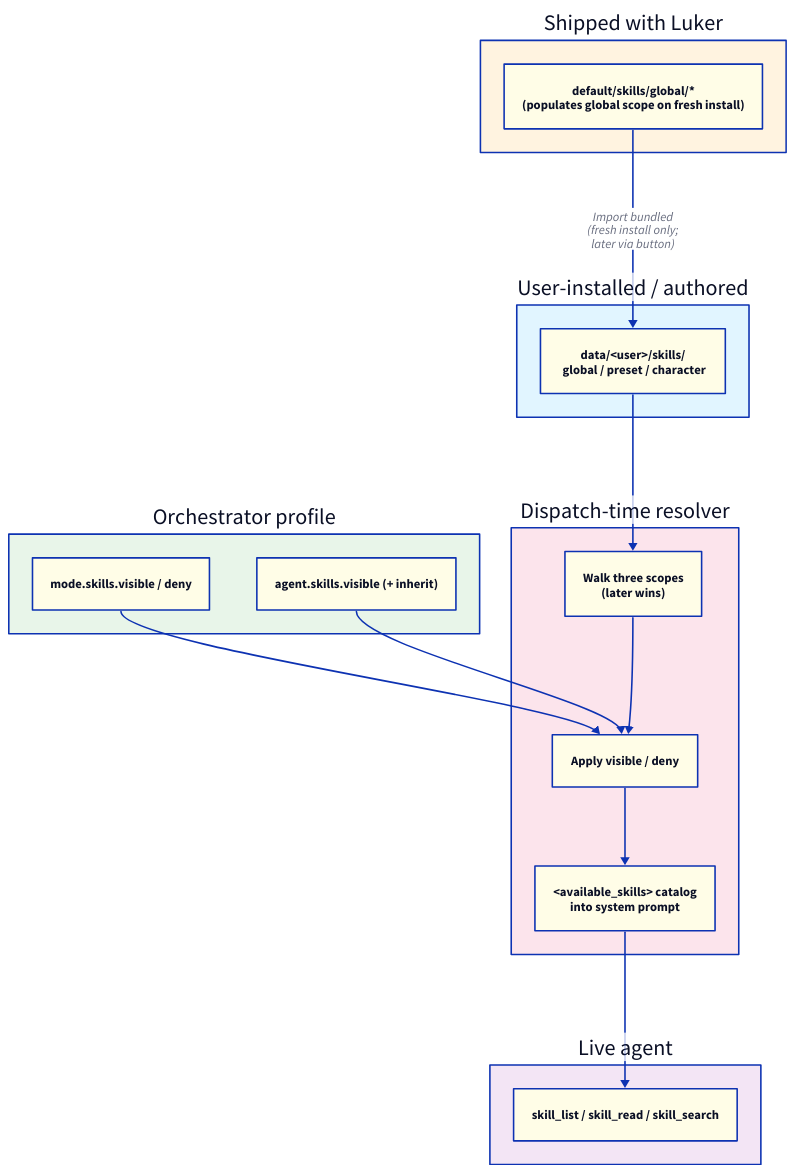
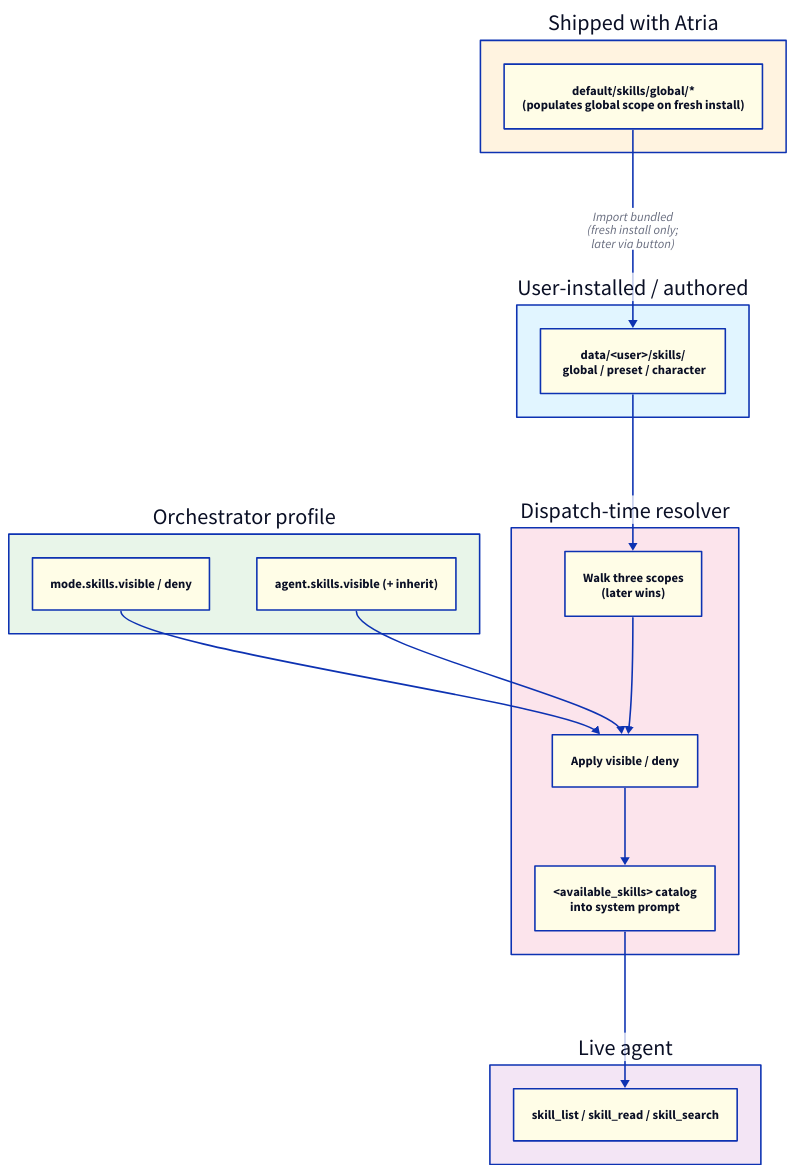
The diagram in docs/features/skills/index.md (ZZZdragondYNGPHX/Atria), drawn with D2 before and after one commit. The commit also changed other lines of this file and 1235 other files, not shown here.

````diff
--- a/docs/features/skills/index.md
+++ b/docs/features/skills/index.md
@@ -90,39 +90,39 @@
 ```d2
 direction: down
 
 user: "User-installed / authored" {
   style.fill: "#e1f5ff"
   fs: "data/<user>/skills/\n  global / preset / character" { style.fill: "#fffde7" }
 }
 
-bundled: "Shipped with Luker" {
+bundled: "Shipped with Atria" {
   style.fill: "#fff3e0"
   pop: "default/skills/global/*\n(populates global scope on fresh install)" { style.fill: "#fffde7" }
 }
 
 orch: "Orchestrator profile" {
   style.fill: "#e8f5e9"
   mode: "mode.skills.visible / deny" { style.fill: "#fffde7" }
   agent: "agent.skills.visible (+ inherit)" { style.fill: "#fffde7" }
 }
 
 runtime: "Dispatch-time resolver" {
   style.fill: "#fce4ec"
   walk: "Walk three scopes\n(later wins)" { style.fill: "#fffde7" }
   policy: "Apply visible / deny" { style.fill: "#fffde7" }
   catalog: "<available_skills> catalog\ninto system prompt" { style.fill: "#fffde7" }
 }
 
 agent: "Live agent" {
   style.fill: "#f3e5f5"
   tools: "skill_list / skill_read / skill_search" { style.fill: "#fffde7" }
 }
 
 bundled.pop -> user.fs: "Import bundled\n(fresh install only;\nlater via button)"
 user.fs -> runtime.walk
 orch.mode -> runtime.policy
 orch.agent -> runtime.policy
 runtime.walk -> runtime.policy
 runtime.policy -> runtime.catalog
 runtime.catalog -> agent.tools
 ```
````
